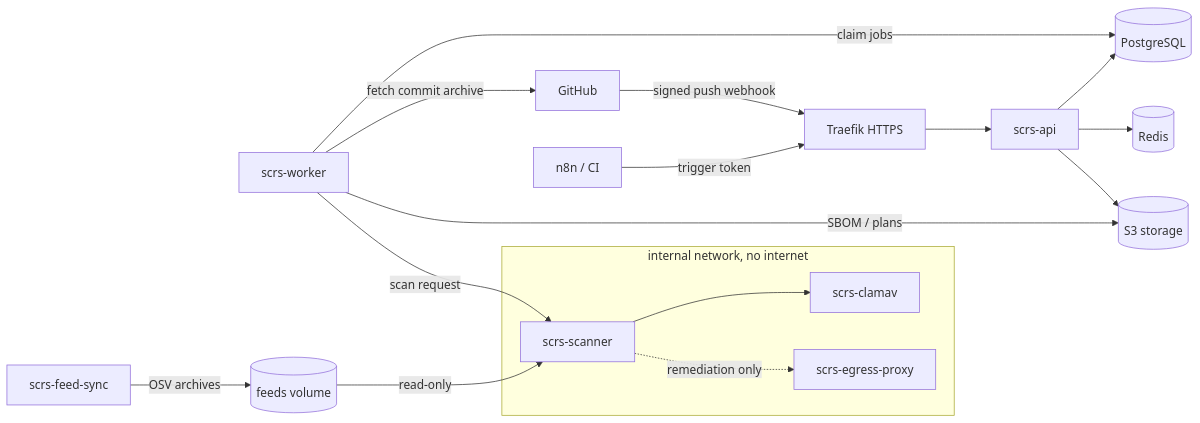
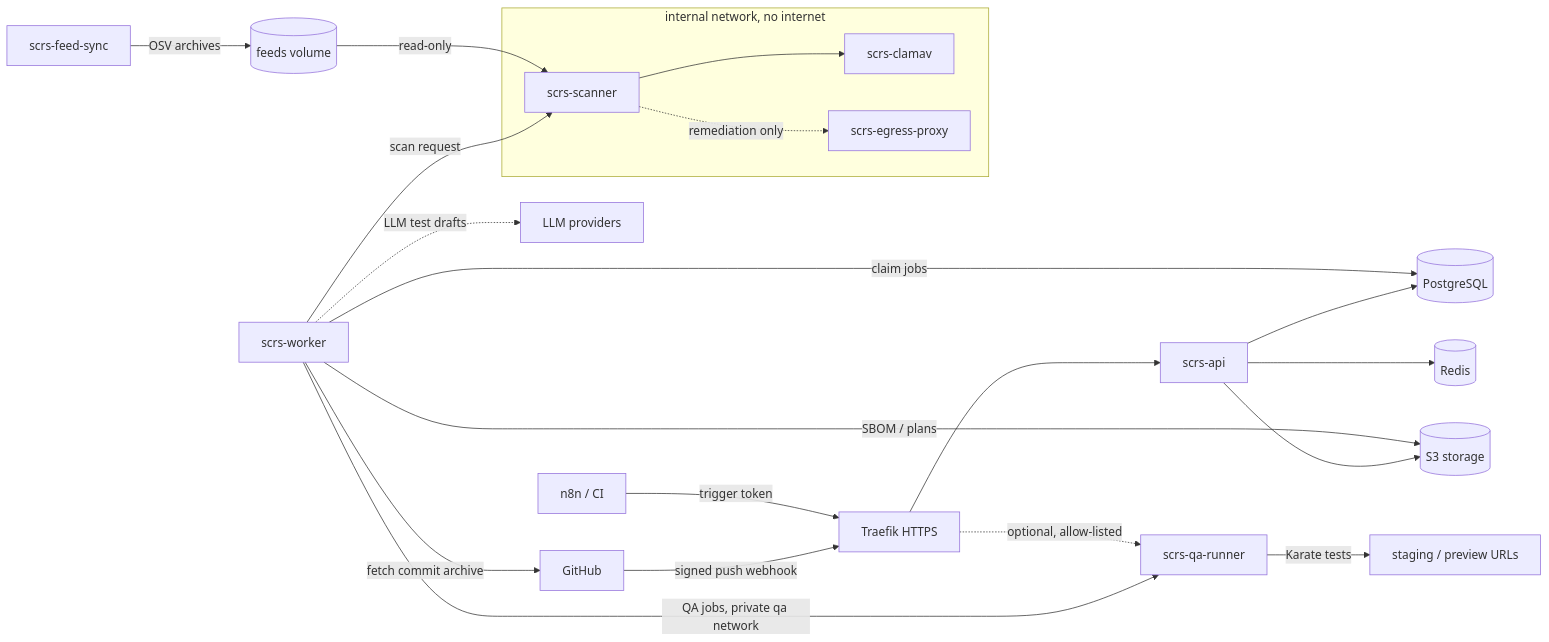
Before and after one commit to ORIBData/scrstack: the diagram in README.md, drawn with Mermaid. The commit also changed other lines of this file and 74 other files, not shown here.

````diff
--- a/README.md
+++ b/README.md
@@ -97,19 +97,23 @@
 ```mermaid
 flowchart LR
   GH[GitHub] -- signed push webhook --> T
   N8N[n8n / CI] -- trigger token --> T
   T[Traefik HTTPS] --> API[scrs-api]
   API --> PG[(PostgreSQL)]
   API --> R[(Redis)]
   API --> S3[(S3 storage)]
   W[scrs-worker] -- claim jobs --> PG
   W -- fetch commit archive --> GH
   W -- SBOM / plans --> S3
   W -- scan request --> SC[scrs-scanner]
   subgraph scanning [internal network, no internet]
     SC --> CL[scrs-clamav]
     SC -. remediation only .-> EP[scrs-egress-proxy]
   end
   FS[scrs-feed-sync] -- OSV archives --> V[(feeds volume)]
   V -- read-only --> SC
+  W -- QA jobs, private qa network --> QR[scrs-qa-runner]
+  QR -- Karate tests --> STG[staging / preview URLs]
+  W -. LLM test drafts .-> LLM[LLM providers]
+  T -. optional, allow-listed .-> QR
 ```
````
